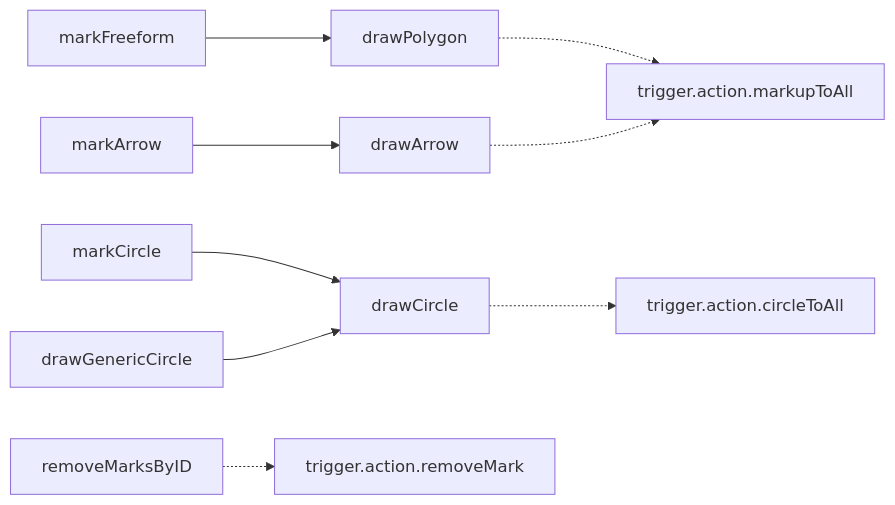
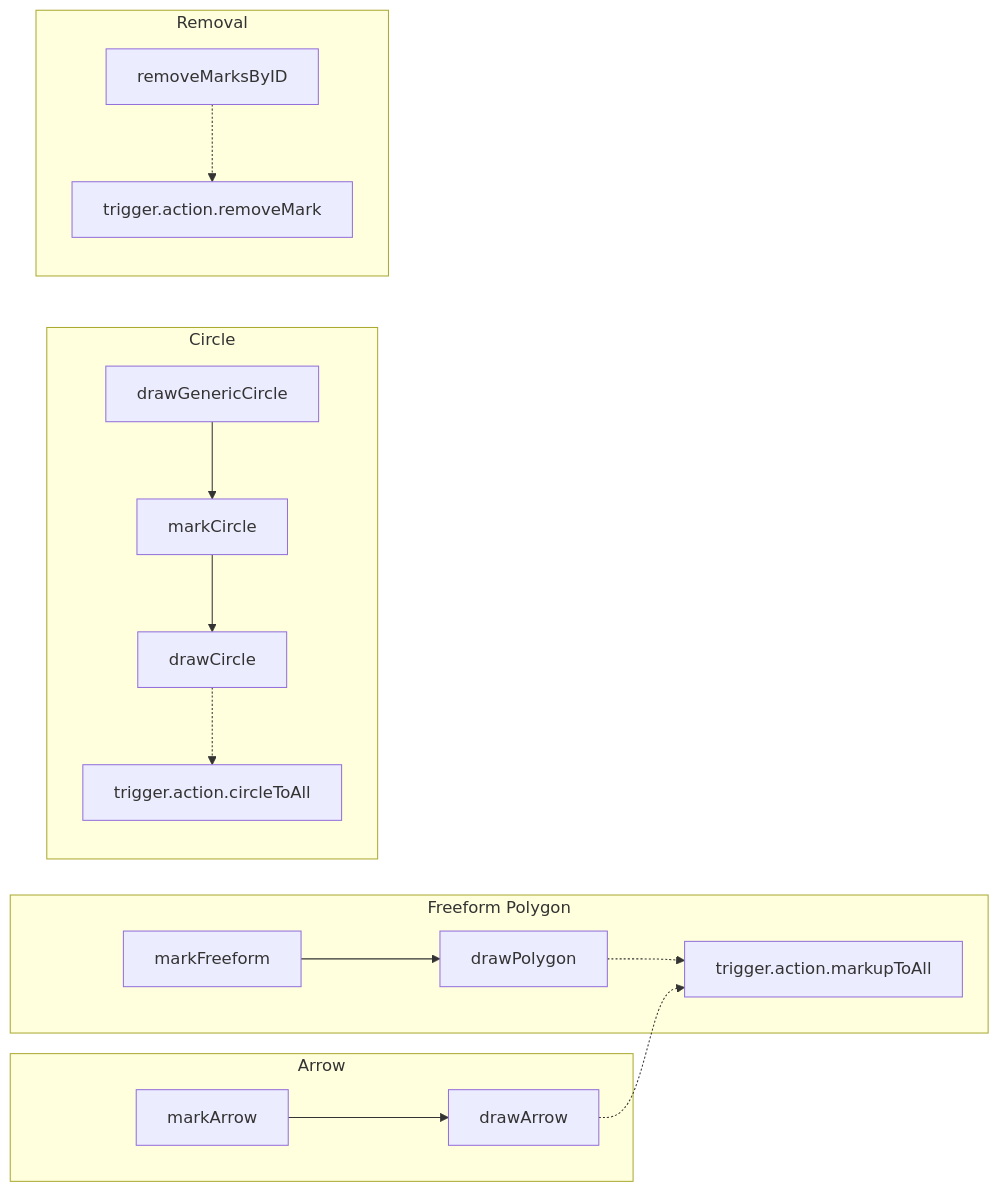
The first of 6 diagrams in docs/markers/README.md (Gh0st352/AETHR), drawn with Mermaid before and after one commit. The commit also changed other lines of this file and 4 other files, not shown here.

First line of the commit message:
docs(markers): reorganize Mermaid diagrams into subgraphs

````diff
--- a/docs/markers/README.md
+++ b/docs/markers/README.md
@@ -24,12 +24,23 @@
 ```mermaid
 %% shared theme: docs/_mermaid/theme.json %%
 flowchart LR
-  MF[markFreeform] --> DP[drawPolygon]
-  MA[markArrow] --> DA[drawArrow]
-  MC[markCircle] --> DC[drawCircle]
-  GC[drawGenericCircle] --> DC
-  DP -.-> TRIG[trigger.action.markupToAll]
-  DA -.-> TRIG
-  DC -.-> CIRC[trigger.action.circleToAll]
-  RM[removeMarksByID] -.-> DEL[trigger.action.removeMark]
+  subgraph "Freeform Polygon"
+    MF[markFreeform] --> DP[drawPolygon]
+    DP -.-> TRIG[trigger.action.markupToAll]
+  end
+  subgraph "Arrow"
+    MA[markArrow] --> DA[drawArrow]
+    DA -.-> TRIG
+  end
+  subgraph "Circle"
+    MC[markCircle] --> DC[drawCircle]
+    GC[drawGenericCircle] --> MC
+    DC -.-> CIRC[trigger.action.circleToAll]
+  end
+  subgraph "Removal"
+    RM[removeMarksByID] -.-> DEL[trigger.action.removeMark]
+  end
+  class MF,MA,MC,RM class_step;
+  class DP,DA,DC,GC class_compute;
+  class TRIG,CIRC,DEL class_io;
 ```
````
